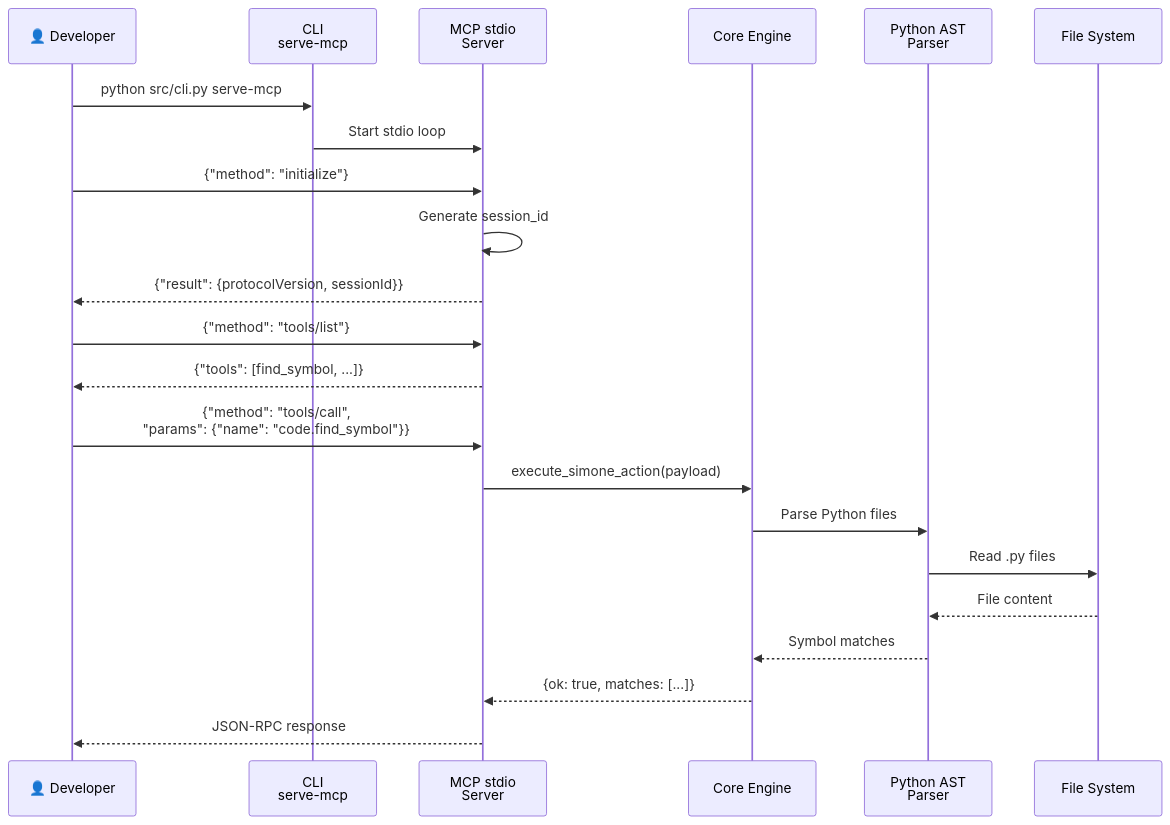
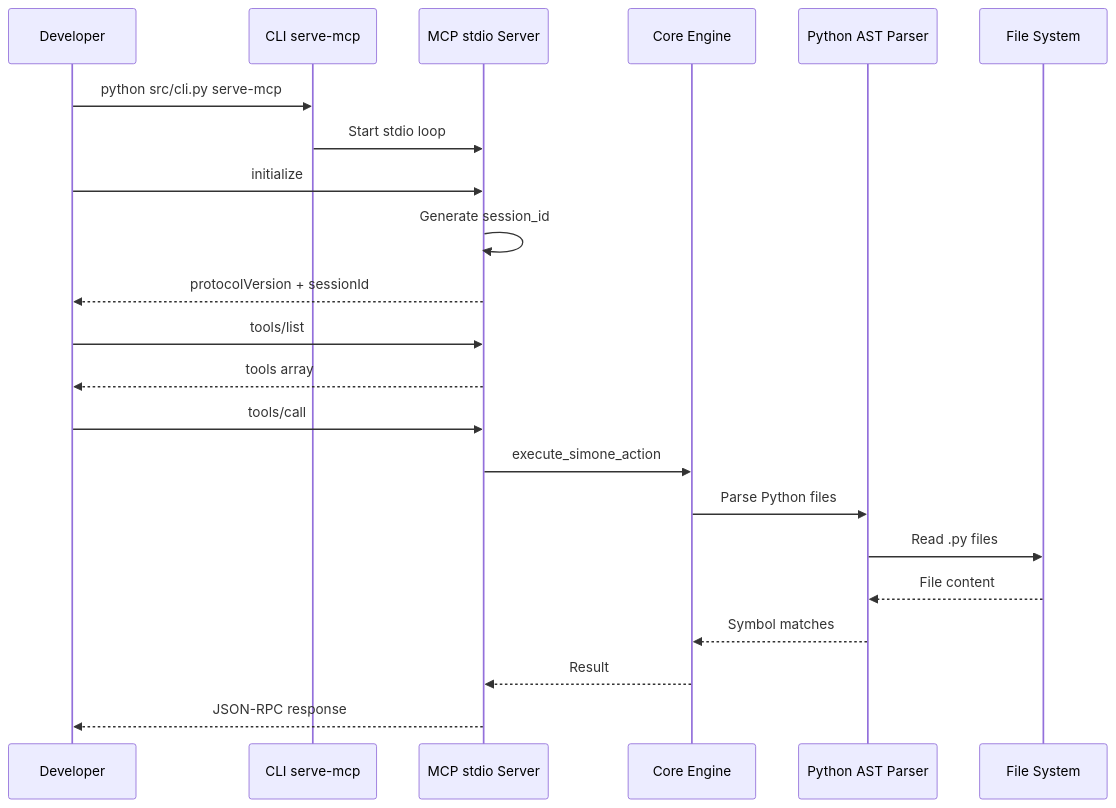
The second of 15 diagrams in legacy/simone-mcp/docs/architecture.md (OpenSIN-Code/SIN-Code), drawn with Mermaid before and after one commit. The commit also changed other lines of this file, not shown here.

First line of the commit message:
Fix ALL Mermaid diagram syntax errors - enterprise-level compliance

````diff
--- a/legacy/simone-mcp/docs/architecture.md
+++ b/legacy/simone-mcp/docs/architecture.md
@@ -92,28 +97,28 @@
 ```mermaid
 sequenceDiagram
-    participant User as 👤 Developer
-    participant CLI as CLI<br/>serve-mcp
-    participant STDIO as MCP stdio<br/>Server
+    participant User as Developer
+    participant CLI as CLI serve-mcp
+    participant STDIO as MCP stdio Server
     participant CORE as Core Engine
-    participant AST as Python AST<br/>Parser
+    participant AST as Python AST Parser
     participant FS as File System
 
     User->>CLI: python src/cli.py serve-mcp
     CLI->>STDIO: Start stdio loop
     
-    User->>STDIO: {"method": "initialize"}
+    User->>STDIO: initialize
     STDIO->>STDIO: Generate session_id
-    STDIO-->>User: {"result": {protocolVersion, sessionId}}
+    STDIO-->>User: protocolVersion + sessionId
     
-    User->>STDIO: {"method": "tools/list"}
-    STDIO-->>User: {"tools": [find_symbol, ...]}
+    User->>STDIO: tools/list
+    STDIO-->>User: tools array
     
-    User->>STDIO: {"method": "tools/call",<br/>"params": {"name": "code.find_symbol"}}
-    STDIO->>CORE: execute_simone_action(payload)
+    User->>STDIO: tools/call
+    STDIO->>CORE: execute_simone_action
     CORE->>AST: Parse Python files
     AST->>FS: Read .py files
     FS-->>AST: File content
     AST-->>CORE: Symbol matches
-    CORE-->>STDIO: {ok: true, matches: [...]}
+    CORE-->>STDIO: Result
     STDIO-->>User: JSON-RPC response
 ```
````
